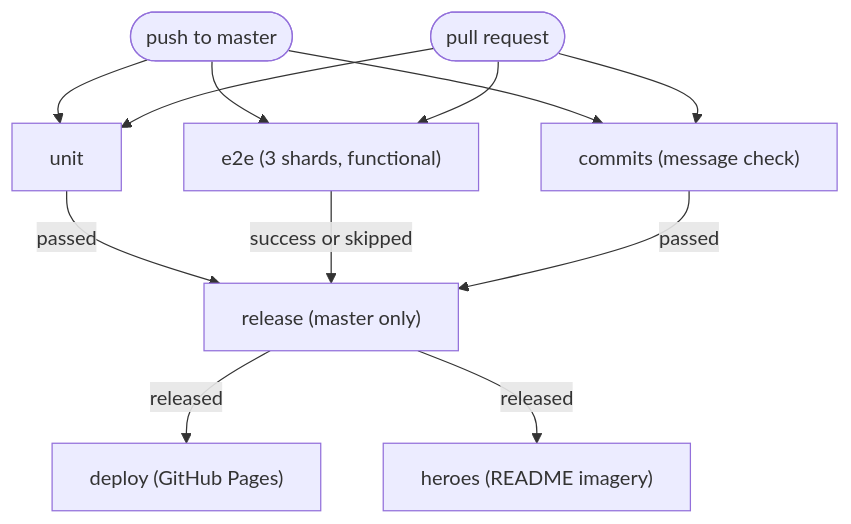
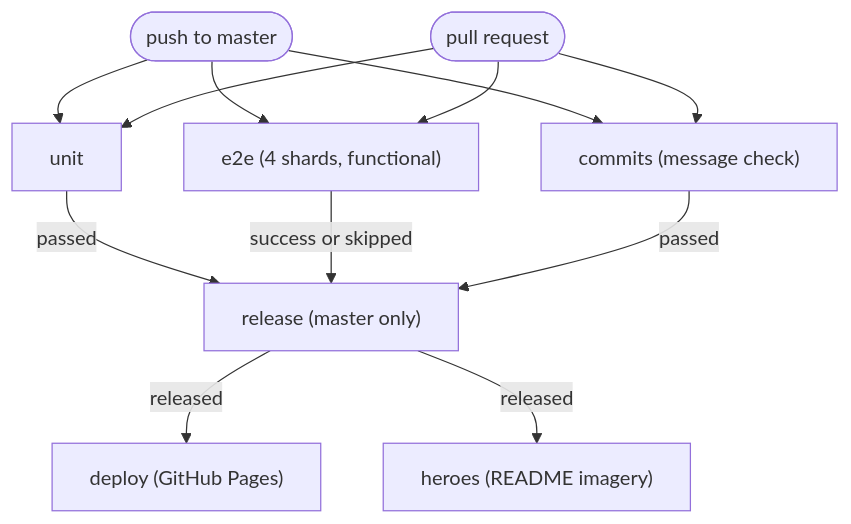
One commit to OpenGIS/app changed the diagram in docs/13.ci.md. Above: the diagram before and after it, drawn with Mermaid. The commit also changed other lines of this file and 3 other files, not shown here.

First line of the commit message:
ci: split functional e2e suite across four shards

````diff
--- a/docs/13.ci.md
+++ b/docs/13.ci.md
@@ -37,14 +37,14 @@
 ```mermaid
 flowchart TD
     push([push to master]) --> unit
-    push --> e2e["e2e (3 shards, functional)"]
+    push --> e2e["e2e (4 shards, functional)"]
     push --> commits["commits (message check)"]
     pr([pull request]) --> unit
     pr --> e2e
     pr --> commits
     unit -->|passed| release["release (master only)"]
     e2e -->|success or skipped| release
     commits -->|passed| release
     release -->|released| deploy["deploy (GitHub Pages)"]
     release -->|released| heroes["heroes (README imagery)"]
 ```
````
